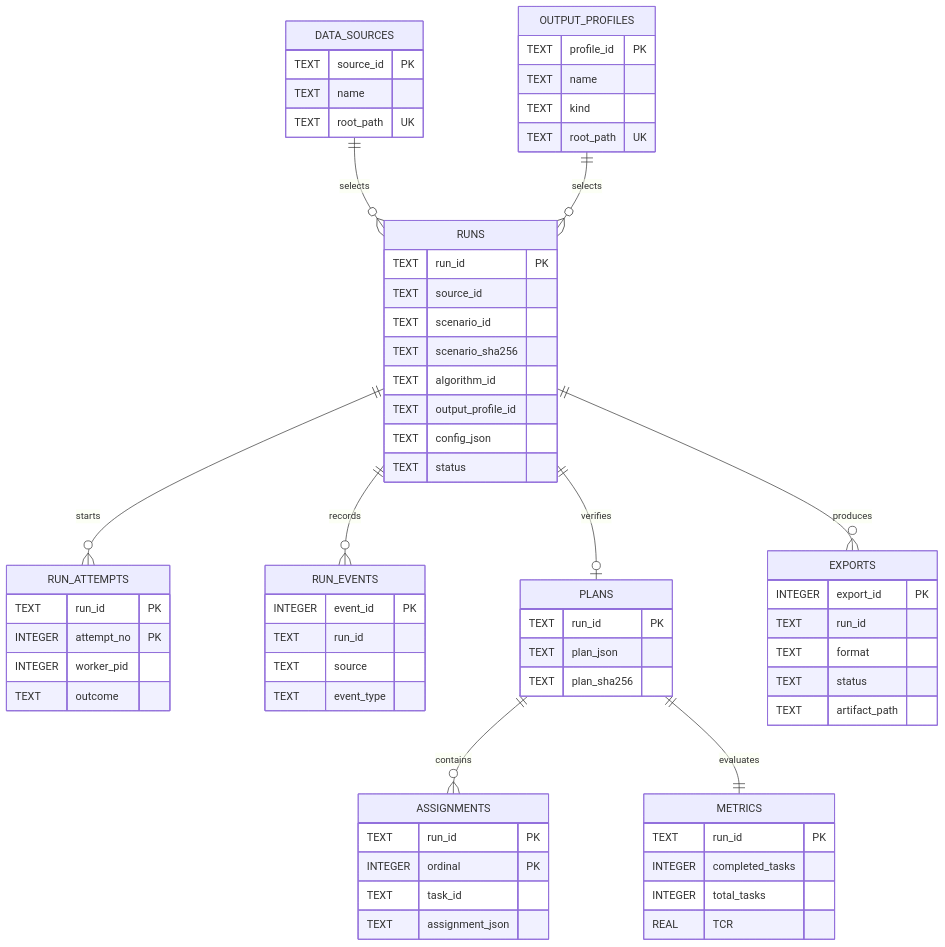
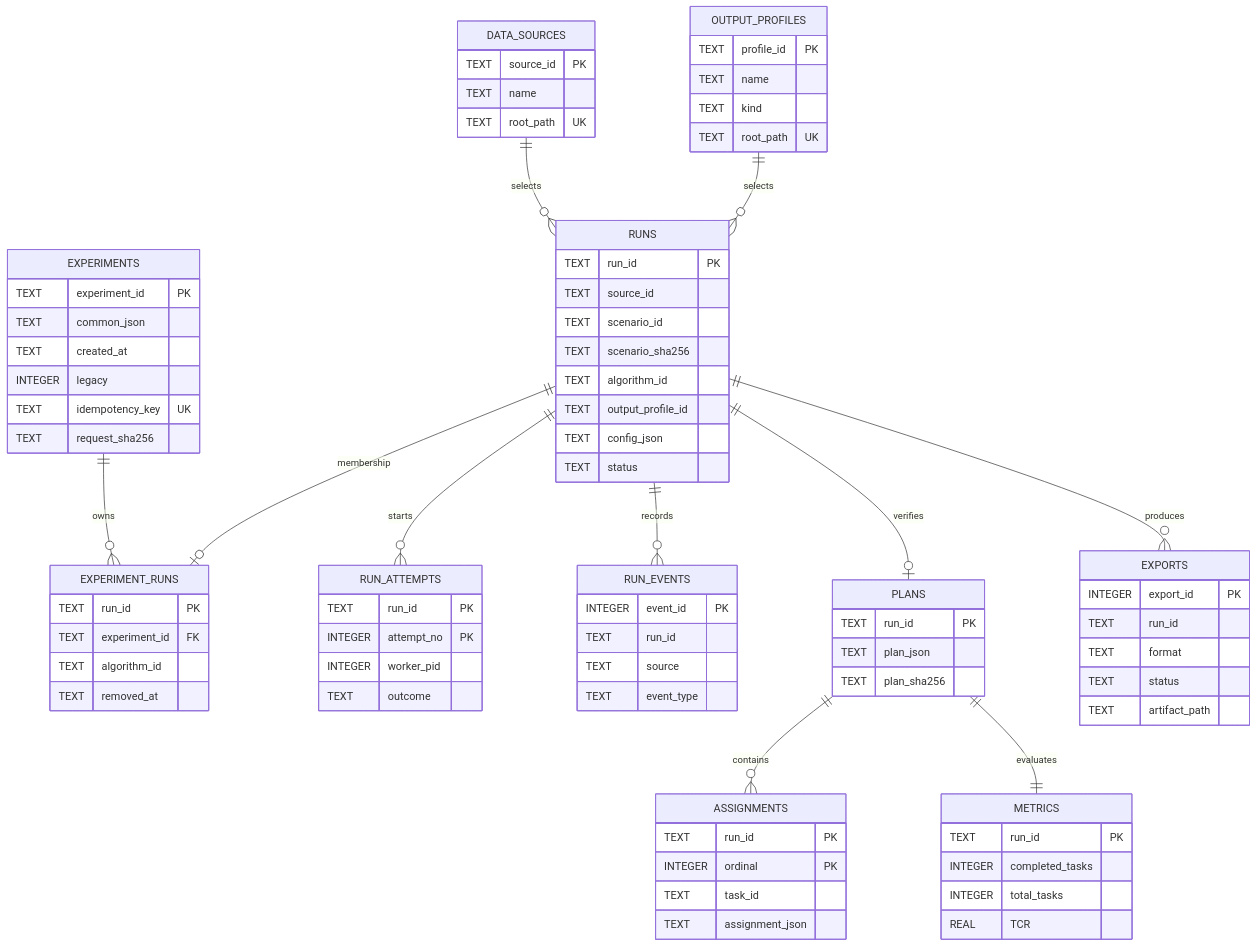
Before and after one commit to TonyLizt/EOS-Course-Project: the diagram in docs/phase2/database_current_v02.md, drawn with Mermaid. The commit also changed other lines of this file and 12 other files, not shown here.

Commit message:
feat(experiments): persist algorithm runs and clone model-only controls

````diff
--- a/docs/phase2/database_current_v02.md
+++ b/docs/phase2/database_current_v02.md
@@ -9,50 +11,62 @@
 ```mermaid
 erDiagram
+    EXPERIMENTS ||--o{ EXPERIMENT_RUNS : owns
+    RUNS ||--o| EXPERIMENT_RUNS : membership
     DATA_SOURCES ||--o{ RUNS : selects
     OUTPUT_PROFILES ||--o{ RUNS : selects
     RUNS ||--o{ RUN_ATTEMPTS : starts
     RUNS ||--o{ RUN_EVENTS : records
     RUNS ||--o| PLANS : verifies
     PLANS ||--o{ ASSIGNMENTS : contains
     PLANS ||--|| METRICS : evaluates
     RUNS ||--o{ EXPORTS : produces
+    EXPERIMENTS { TEXT experiment_id PK
+                  TEXT common_json
+                  TEXT created_at
+                  INTEGER legacy
+                  TEXT idempotency_key UK
+                  TEXT request_sha256 }
+    EXPERIMENT_RUNS { TEXT run_id PK
+                     TEXT experiment_id FK
+                     TEXT algorithm_id
+                     TEXT removed_at }
     DATA_SOURCES { TEXT source_id PK
                    TEXT name
                    TEXT root_path UK }
     OUTPUT_PROFILES { TEXT profile_id PK
                       TEXT name
                       TEXT kind
                       TEXT root_path UK }
     RUNS { TEXT run_id PK
            TEXT source_id
            TEXT scenario_id
            TEXT scenario_sha256
            TEXT algorithm_id
            TEXT output_profile_id
            TEXT config_json
            TEXT status }
     RUN_ATTEMPTS { TEXT run_id PK
                    INTEGER attempt_no PK
                    INTEGER worker_pid
                    TEXT outcome }
     RUN_EVENTS { INTEGER event_id PK
                  TEXT run_id
                  TEXT source
                  TEXT event_type }
     PLANS { TEXT run_id PK
             TEXT plan_json
             TEXT plan_sha256 }
     ASSIGNMENTS { TEXT run_id PK
                   INTEGER ordinal PK
                   TEXT task_id
                   TEXT assignment_json }
     METRICS { TEXT run_id PK
               INTEGER completed_tasks
               INTEGER total_tasks
               REAL TCR }
     EXPORTS { INTEGER export_id PK
               TEXT run_id
               TEXT format
               TEXT status
               TEXT artifact_path }
 ```
````
